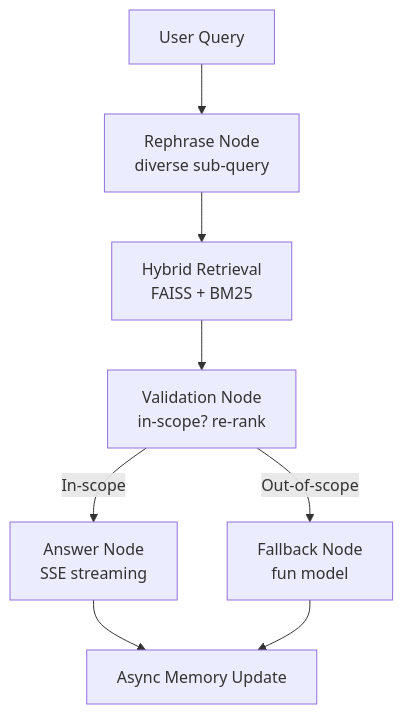
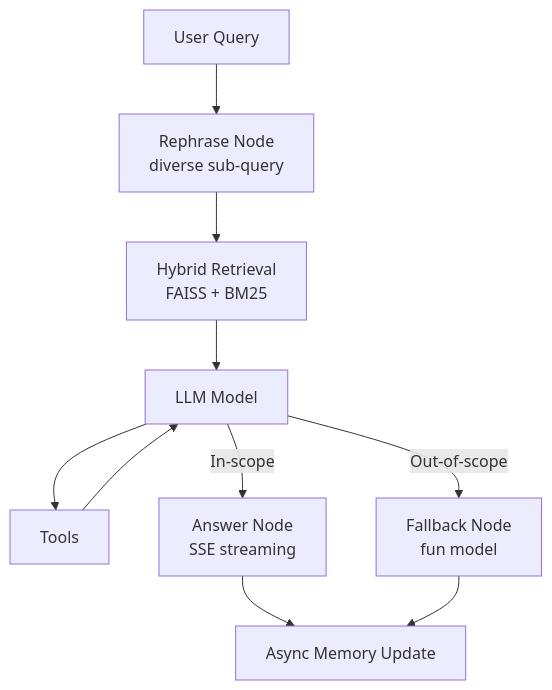
Before and after one commit to krishna-dhulipalla/LangGraph_ChatBot: the diagram in README.md, drawn with Mermaid. The commit also changed other lines of this file, not shown here.

````diff
--- a/README.md
+++ b/README.md
@@ -40,10 +37,12 @@
 ```mermaid
 flowchart TD
     A[User Query] --> B[Rephrase Node<br/>diverse sub-query]
     B --> C[Hybrid Retrieval<br/>FAISS + BM25]
-    C --> D[Validation Node<br/>in-scope? re-rank]
+    C --> D[LLM Model]
+    D --> H[Tools]
+    H --> D
     D -- In-scope --> E[Answer Node<br/>SSE streaming]
     D -- Out-of-scope --> F[Fallback Node<br/>fun model]
     E --> G[Async Memory Update]
     F --> G[Async Memory Update]
 ```
````
